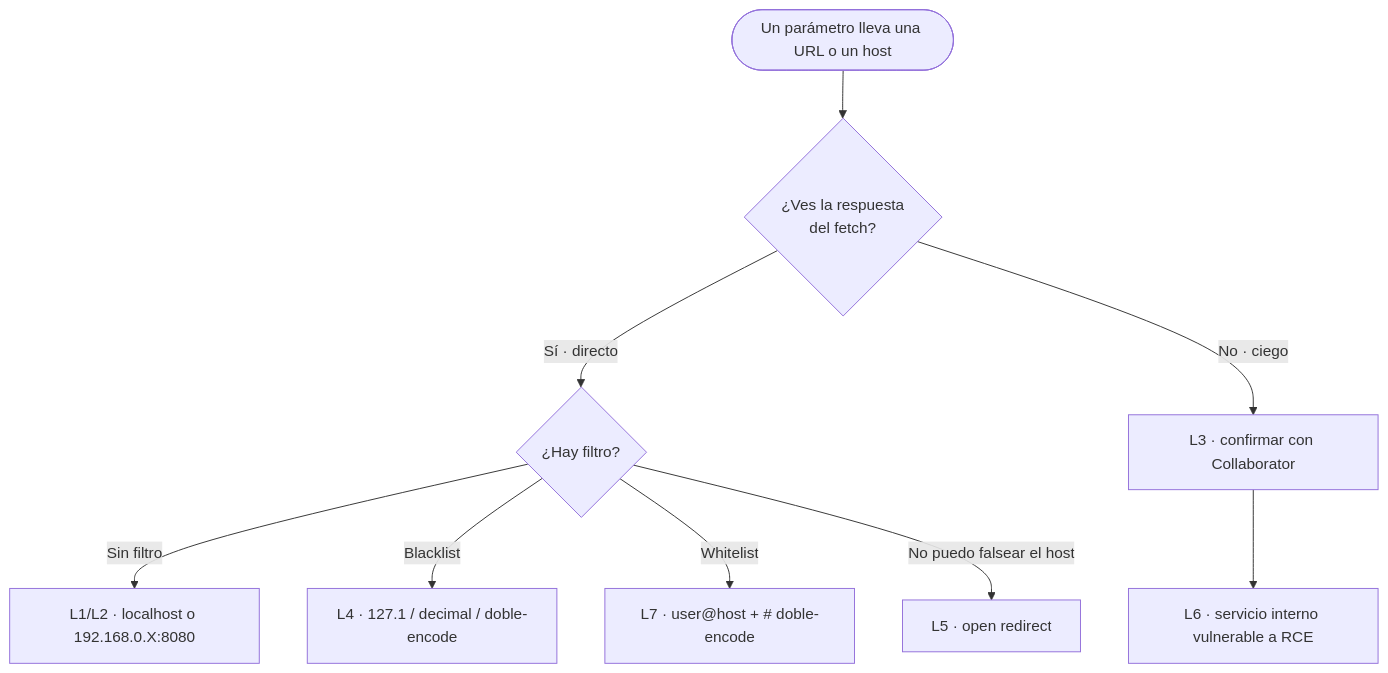
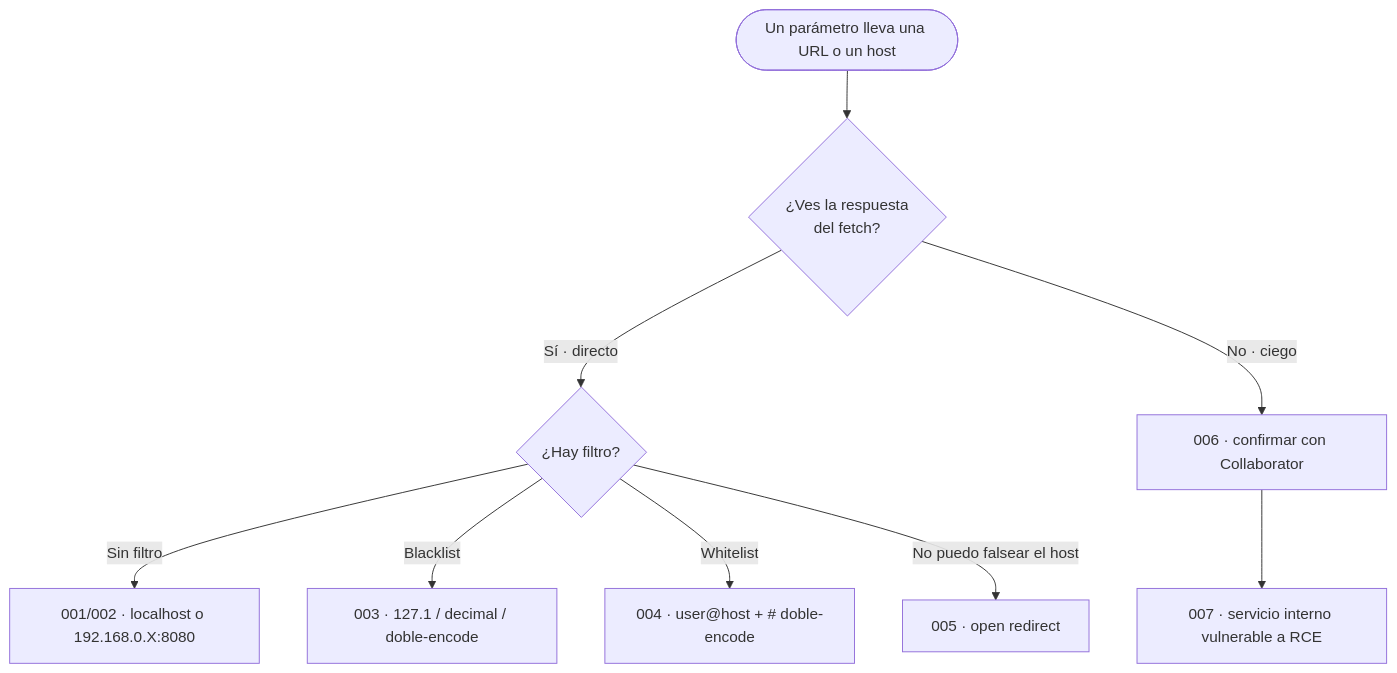
One commit to octavio1243/burpsuite-academy changed the diagram in vulnerabilities/007-ssrf/ssrf.md. Above: the diagram before and after it, drawn with Mermaid. The commit also changed other lines of this file and 12 other files, not shown here.

````diff
--- a/vulnerabilities/007-ssrf/ssrf.md
+++ b/vulnerabilities/007-ssrf/ssrf.md
@@ -61,11 +66,11 @@
 ```mermaid
 flowchart TD
     S(["Un parámetro lleva una URL o un host"]) --> V{"¿Ves la respuesta<br/>del fetch?"}
     V -->|Sí · directo| F{"¿Hay filtro?"}
-    V -->|No · ciego| C["L3 · confirmar con Collaborator"]
-    F -->|Sin filtro| D["L1/L2 · localhost o 192.168.0.X:8080"]
-    F -->|Blacklist| B["L4 · 127.1 / decimal / doble-encode"]
-    F -->|Whitelist| W["L7 · user@host + # doble-encode"]
-    F -->|No puedo falsear el host| O["L5 · open redirect"]
-    C --> R["L6 · servicio interno vulnerable a RCE"]
+    V -->|No · ciego| C["006 · confirmar con Collaborator"]
+    F -->|Sin filtro| D["001/002 · localhost o 192.168.0.X:8080"]
+    F -->|Blacklist| B["003 · 127.1 / decimal / doble-encode"]
+    F -->|Whitelist| W["004 · user@host + # doble-encode"]
+    F -->|No puedo falsear el host| O["005 · open redirect"]
+    C --> R["007 · servicio interno vulnerable a RCE"]
 ```
````
